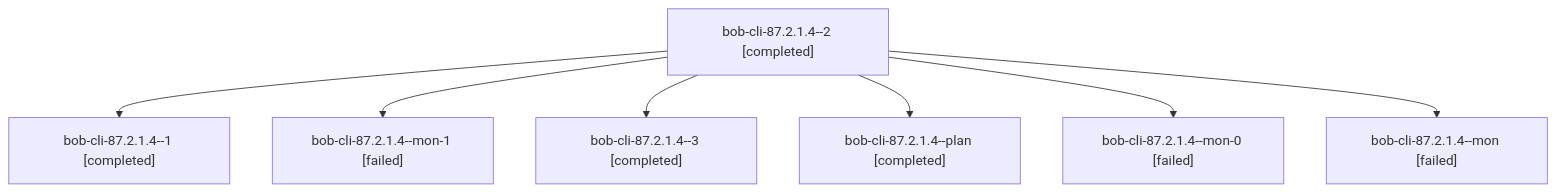
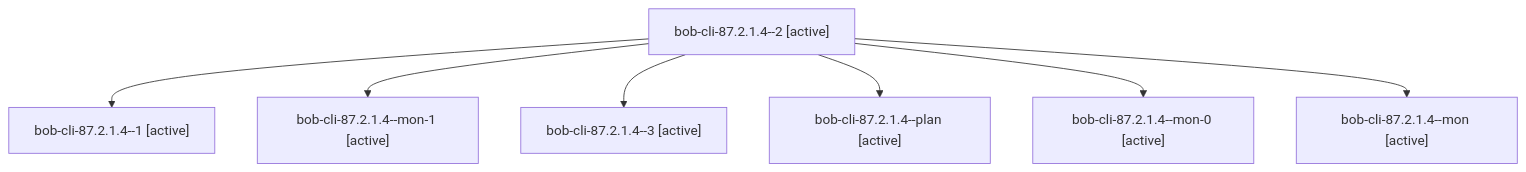
One commit to bobs-org/bob-cli--agents changed the diagram in sessions/bbugyi200.athena.bob-cli-87.2.1.4.md. Above: the diagram before and after it, drawn with Mermaid. The commit also changed other lines of this file and 481 other files, not shown here.

````diff
--- a/sessions/bbugyi200.athena.bob-cli-87.2.1.4.md
+++ b/sessions/bbugyi200.athena.bob-cli-87.2.1.4.md
@@ -9,16 +9,16 @@
 ```mermaid
 flowchart TD
-  n0["bob-cli-87.2.1.4--2 [completed]"]
-  n1["bob-cli-87.2.1.4--1 [completed]"]
+  n0["bob-cli-87.2.1.4--2 [active]"]
+  n1["bob-cli-87.2.1.4--1 [active]"]
   n0 --> n1
-  n2["bob-cli-87.2.1.4--mon-1 [failed]"]
+  n2["bob-cli-87.2.1.4--mon-1 [active]"]
   n0 --> n2
-  n3["bob-cli-87.2.1.4--3 [completed]"]
+  n3["bob-cli-87.2.1.4--3 [active]"]
   n0 --> n3
-  n4["bob-cli-87.2.1.4--plan [completed]"]
+  n4["bob-cli-87.2.1.4--plan [active]"]
   n0 --> n4
-  n5["bob-cli-87.2.1.4--mon-0 [failed]"]
+  n5["bob-cli-87.2.1.4--mon-0 [active]"]
   n0 --> n5
-  n6["bob-cli-87.2.1.4--mon [failed]"]
+  n6["bob-cli-87.2.1.4--mon [active]"]
   n0 --> n6
 ```
````
